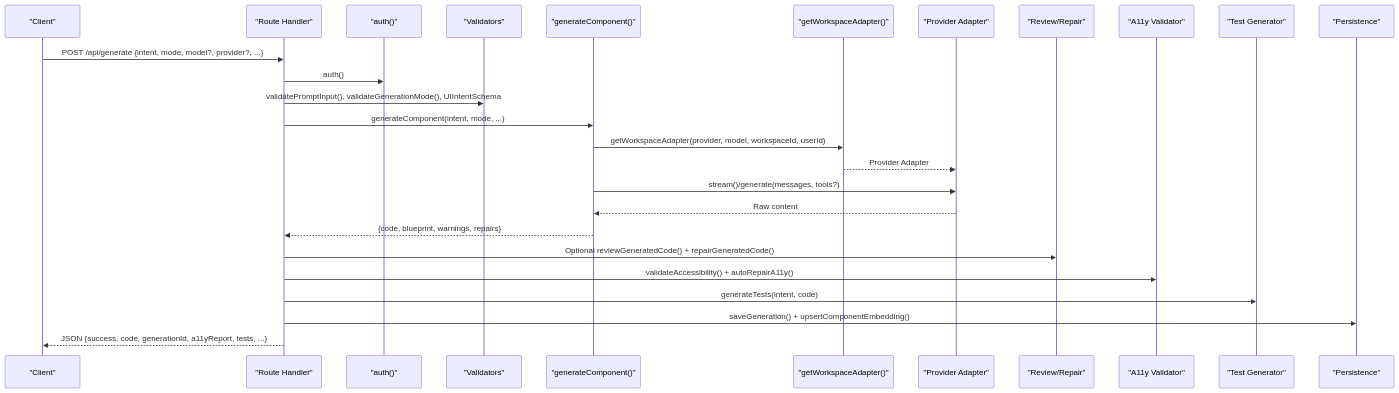
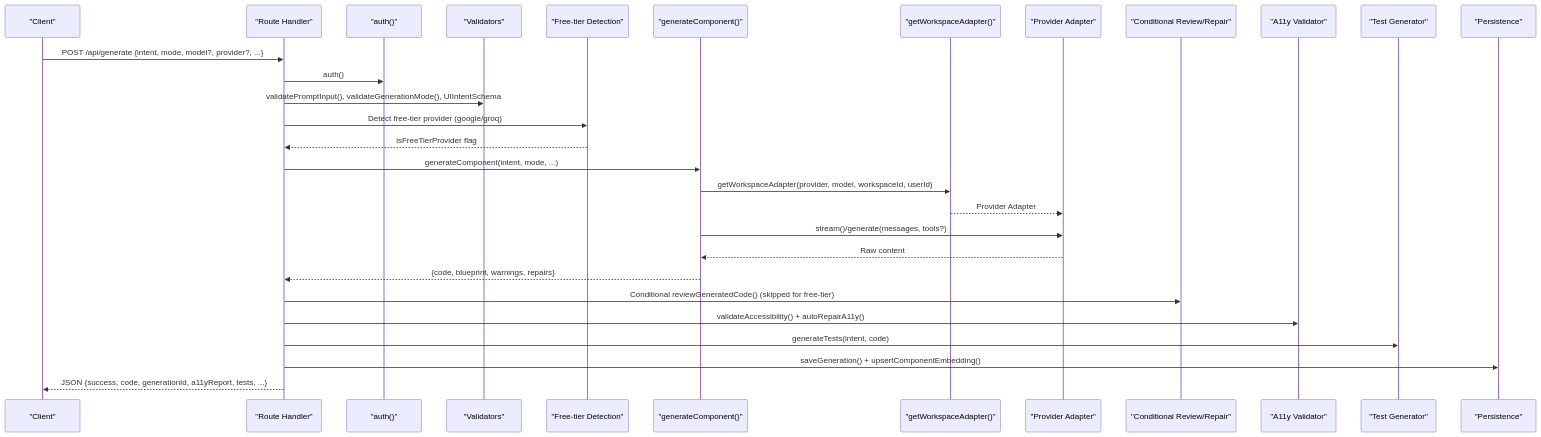
Before and after one commit to shekhargiri005-dotcom/AI-powered-accessibility-first-UI-engine: the second of 5 diagrams in .qoder/repowiki/en/content/Architecture & Design/Layered Architecture/API Layer/Generation API.md, drawn with Mermaid. The commit also changed other lines of this file and 38 other files, not shown here.

````diff
--- a/.qoder/repowiki/en/content/Architecture & Design/Layered Architecture/API Layer/Generation API.md
+++ b/.qoder/repowiki/en/content/Architecture & Design/Layered Architecture/API Layer/Generation API.md
@@ -90,28 +103,31 @@
 ```mermaid
 sequenceDiagram
 participant C as "Client"
 participant R as "Route Handler"
 participant A as "auth()"
 participant V as "Validators"
+participant FT as "Free-tier Detection"
 participant G as "generateComponent()"
 participant AD as "getWorkspaceAdapter()"
 participant PR as "Provider Adapter"
-participant RV as "Review/Repair"
+participant RV as "Conditional Review/Repair"
 participant AX as "A11y Validator"
 participant TG as "Test Generator"
 participant P as "Persistence"
 C->>R : POST /api/generate {intent, mode, model?, provider?, ...}
 R->>A : auth()
 R->>V : validatePromptInput(), validateGenerationMode(), UIIntentSchema
+R->>FT : Detect free-tier provider (google/groq)
+FT-->>R : isFreeTierProvider flag
 R->>G : generateComponent(intent, mode, ...)
 G->>AD : getWorkspaceAdapter(provider, model, workspaceId, userId)
 AD-->>PR : Provider Adapter
 G->>PR : stream()/generate(messages, tools?)
 PR-->>G : Raw content
 G-->>R : {code, blueprint, warnings, repairs}
-R->>RV : Optional reviewGeneratedCode() + repairGeneratedCode()
+R->>RV : Conditional reviewGeneratedCode() (skipped for free-tier)
 R->>AX : validateAccessibility() + autoRepairA11y()
 R->>TG : generateTests(intent, code)
 R->>P : saveGeneration() + upsertComponentEmbedding()
 R-->>C : JSON {success, code, generationId, a11yReport, tests, ...}
 ```
````
